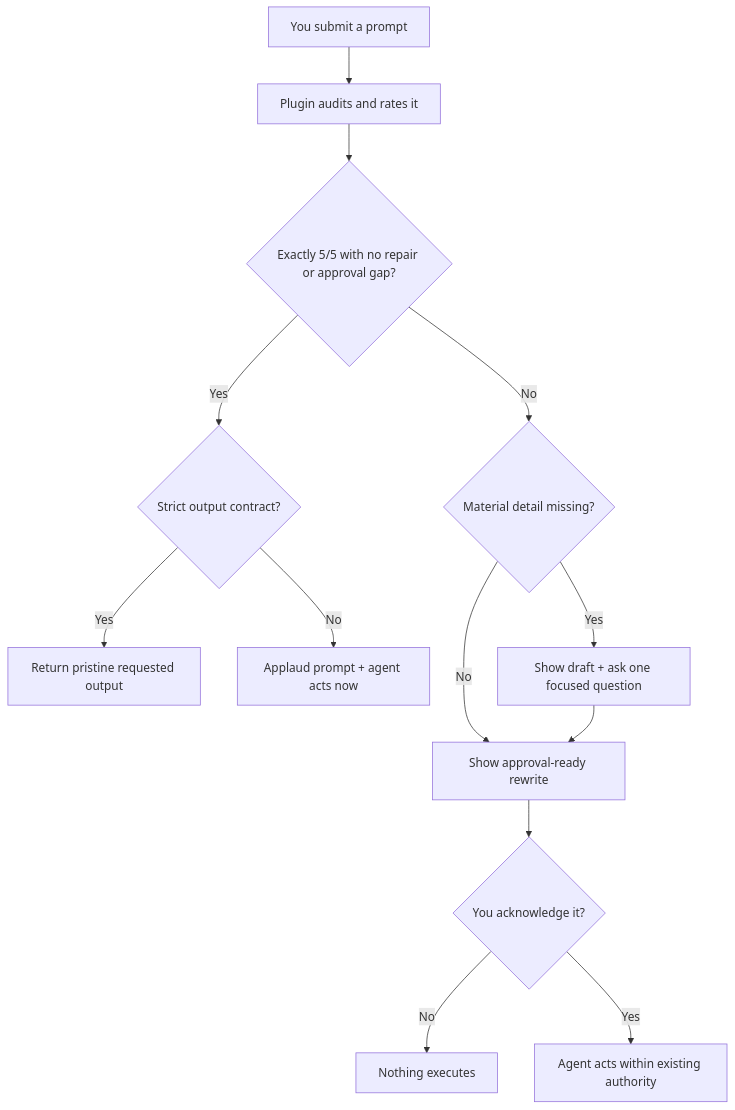
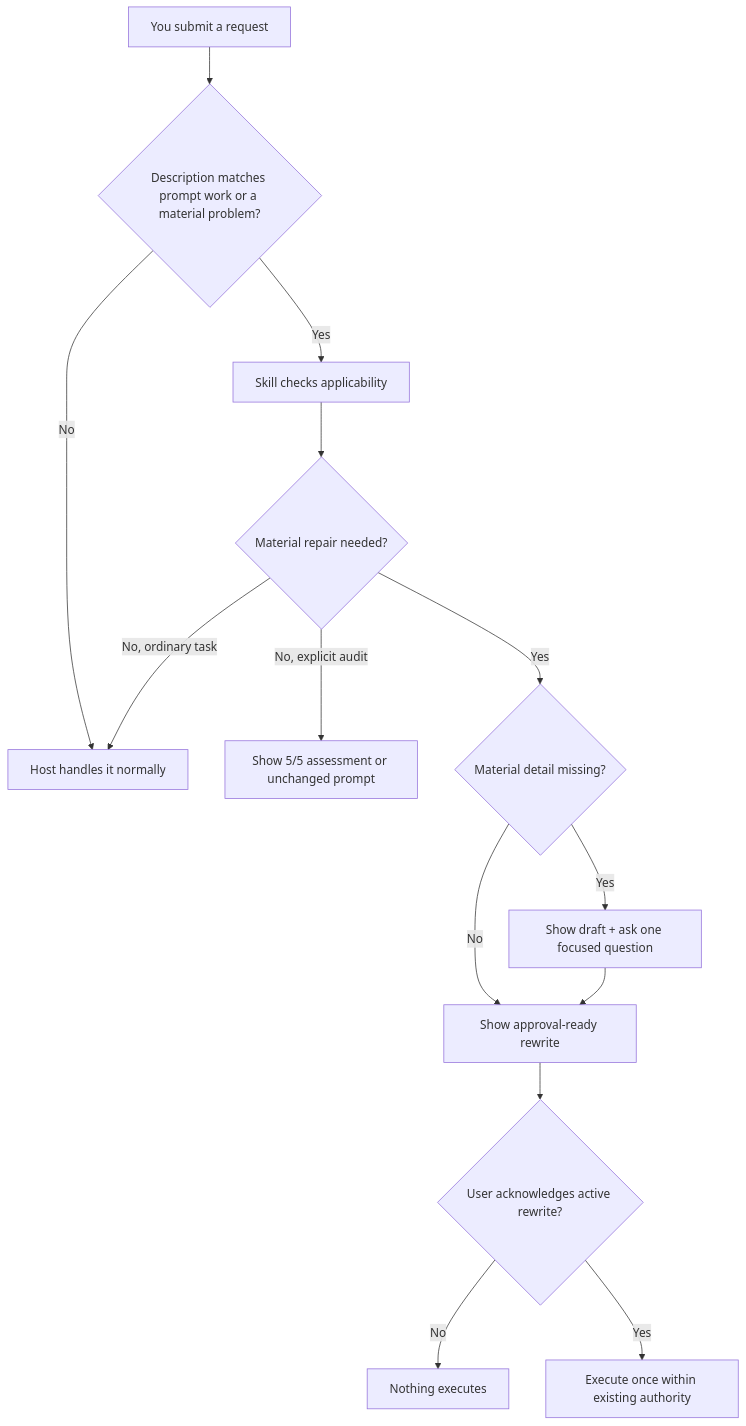
Before and after one commit to ScotTFO/you-suck-at-prompting: the diagram in README.md, drawn with Mermaid. The commit also changed other lines of this file and 16 other files, not shown here.

First line of the commit message:
feat: switch prompt repair to selective skill invocation (#18)

````diff
--- a/README.md
+++ b/README.md
@@ -76,15 +75,16 @@
 ```mermaid
 flowchart TD
-    A["You submit a prompt"] --> B["Plugin audits and rates it"]
-    B --> C{"Exactly 5/5 with no repair or approval gap?"}
-    C -- "Yes" --> D{"Strict output contract?"}
-    D -- "Yes" --> E["Return pristine requested output"]
-    D -- "No" --> F["Applaud prompt + agent acts now"]
-    C -- "No" --> G{"Material detail missing?"}
+    A["You submit a request"] --> B{"Description matches prompt work or a material problem?"}
+    B -- "No" --> C["Host handles it normally"]
+    B -- "Yes" --> D["Skill checks applicability"]
+    D --> E{"Material repair needed?"}
+    E -- "No, ordinary task" --> C
+    E -- "No, explicit audit" --> F["Show 5/5 assessment or unchanged prompt"]
+    E -- "Yes" --> G{"Material detail missing?"}
     G -- "Yes" --> H["Show draft + ask one focused question"]
     G -- "No" --> I["Show approval-ready rewrite"]
     H --> I
-    I --> J{"You acknowledge it?"}
+    I --> J{"User acknowledges active rewrite?"}
     J -- "No" --> K["Nothing executes"]
-    J -- "Yes" --> L["Agent acts within existing authority"]
+    J -- "Yes" --> L["Execute once within existing authority"]
 ```
````
